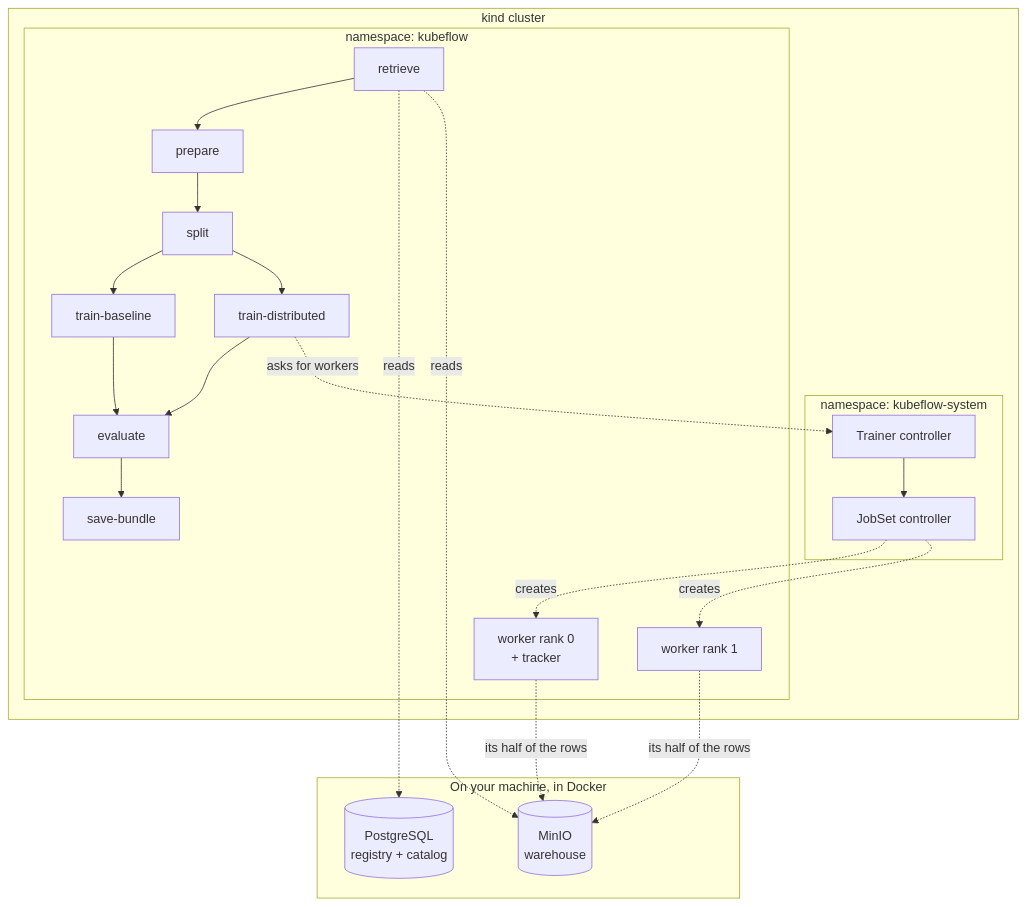
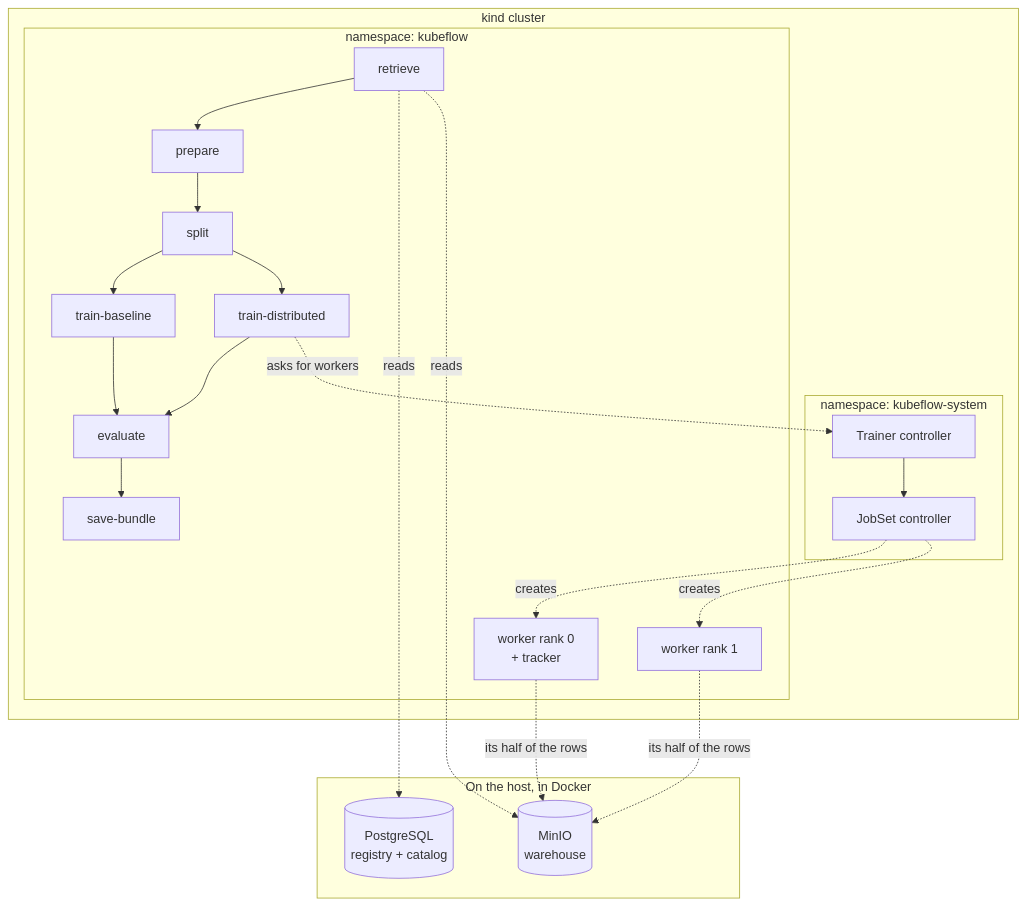
One commit to hiendat04/fraudstream changed the diagram in docs/19_ml_pipeline.md. Above: the diagram before and after it, drawn with Mermaid. The commit also changed 12 other files, not shown here.

````diff
--- a/docs/19_ml_pipeline.md
+++ b/docs/19_ml_pipeline.md
@@ -13,31 +13,31 @@
 ```mermaid
 flowchart TB
-    subgraph host[On your machine, in Docker]
+    subgraph host[On the host, in Docker]
         pg[(PostgreSQL<br/>registry + catalog)]
         minio[(MinIO<br/>warehouse)]
     end
     subgraph node["kind cluster"]
         subgraph ns2["namespace: kubeflow-system"]
             TC[Trainer controller]
             JC[JobSet controller]
         end
         subgraph ns1["namespace: kubeflow"]
             R[retrieve] --> P[prepare] --> S[split]
             S --> B[train-baseline]
             S --> D[train-distributed]
             B --> E[evaluate]
             D --> E
             E --> SB[save-bundle]
             W0[worker rank 0<br/>+ tracker]
             W1[worker rank 1]
         end
         D -. asks for workers .-> TC
         TC --> JC
         JC -. creates .-> W0
         JC -. creates .-> W1
     end
     R -.reads.-> pg
     R -.reads.-> minio
     W0 -.its half of the rows.-> minio
     W1 -.its half of the rows.-> minio
 ```
````
